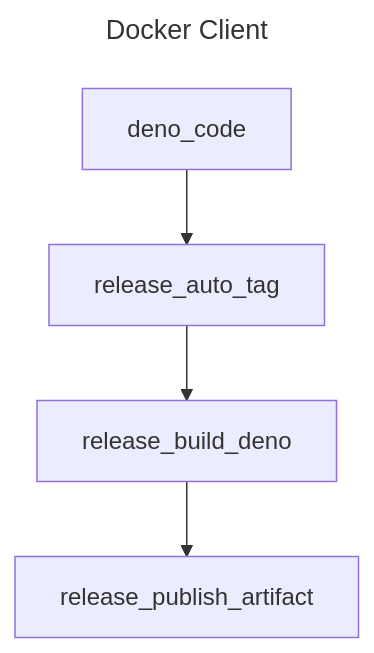
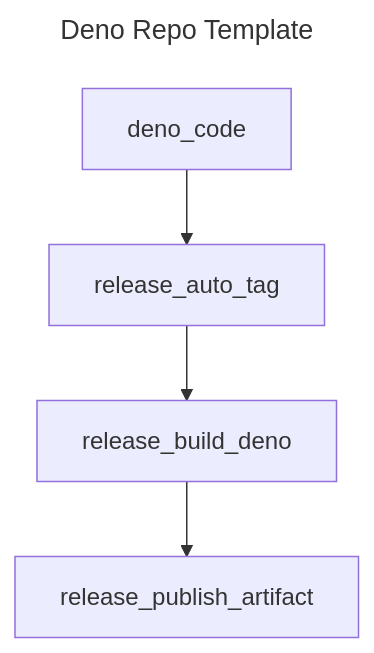
Before and after one commit to orchestras/deno: the diagram in README.md, drawn with Mermaid. The commit also changed other lines of this file and 5 other files, not shown here.

````diff
--- a/README.md
+++ b/README.md
@@ -52,9 +131,9 @@
 ```mermaid
 ---
-title: Docker Client
+title: Deno Repo Template
 ---
   graph TD;
       deno_code-->release_auto_tag;
       release_auto_tag-->release_build_deno;
       release_build_deno-->release_publish_artifact;
 ```
````
